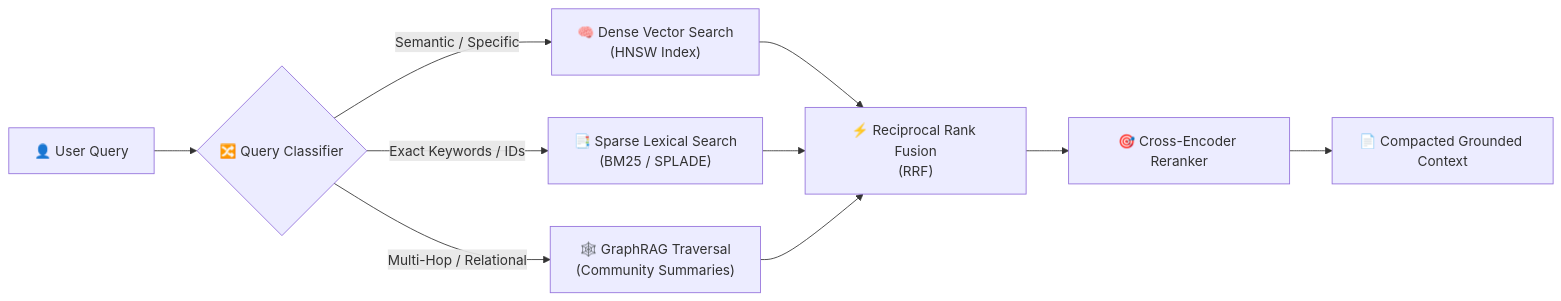
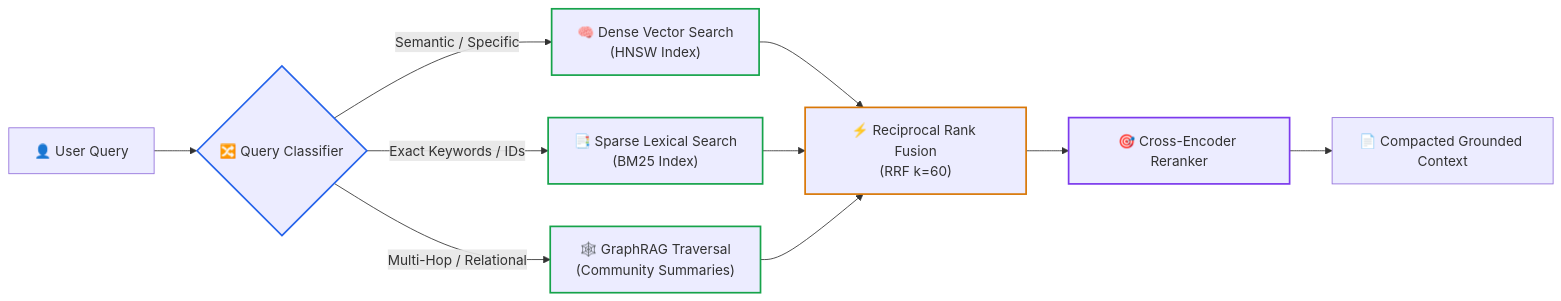
The second of 3 diagrams in ai-technology-roadmap-2025-2026.md (dip4k/senior-engineer-to-ai-engineer-roadmap), drawn with Mermaid before and after one commit. The commit also changed other lines of this file and 49 other files, not shown here.

First line of the commit message:
feat(curriculum): complete 2026 refactoring across roadmaps, use-cases, labs, and agent-forge

````diff
--- a/ai-technology-roadmap-2025-2026.md
+++ b/ai-technology-roadmap-2025-2026.md
@@ -96,14 +107,21 @@
 ```mermaid
 flowchart LR
     Q["👤 User Query"] --> Router{"🔀 Query Classifier"}
     Router -->|"Semantic / Specific"| Dense["🧠 Dense Vector Search<br>(HNSW Index)"]
-    Router -->|"Exact Keywords / IDs"| Sparse["📑 Sparse Lexical Search<br>(BM25 / SPLADE)"]
+    Router -->|"Exact Keywords / IDs"| Sparse["📑 Sparse Lexical Search<br>(BM25 Index)"]
     Router -->|"Multi-Hop / Relational"| Graph["🕸️ GraphRAG Traversal<br>(Community Summaries)"]
     
-    Dense --> RRF["⚡ Reciprocal Rank Fusion<br>(RRF)"]
+    Dense --> RRF["⚡ Reciprocal Rank Fusion<br>(RRF k=60)"]
     Sparse --> RRF
     Graph --> RRF
     
     RRF --> Rerank["🎯 Cross-Encoder Reranker"]
     Rerank --> Context["📄 Compacted Grounded Context"]
+
+    style Router stroke:#2563eb,stroke-width:2px
+    style Dense stroke:#16a34a,stroke-width:2px
+    style Sparse stroke:#16a34a,stroke-width:2px
+    style Graph stroke:#16a34a,stroke-width:2px
+    style RRF stroke:#d97706,stroke-width:2px
+    style Rerank stroke:#7c3aed,stroke-width:2px
 ```
````
